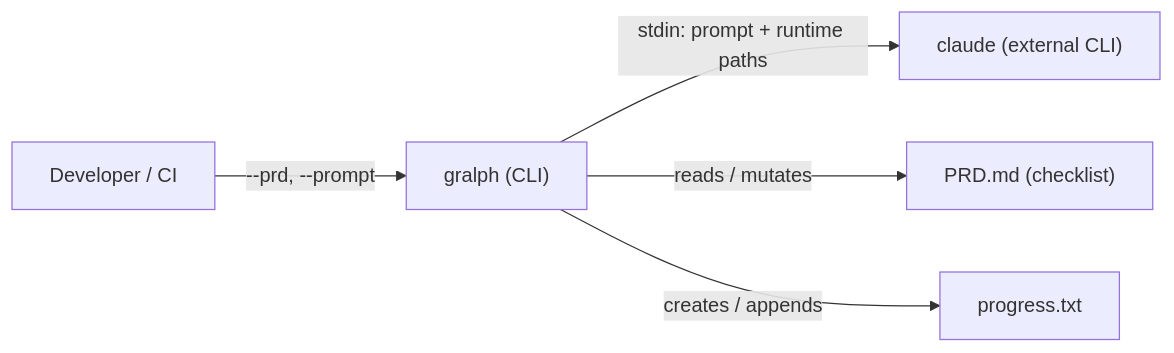
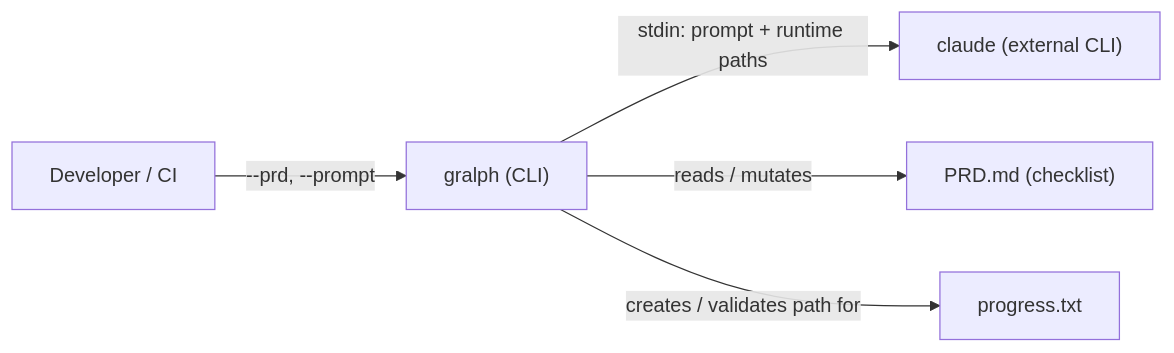
One commit to twistingmercury/gralph changed the diagram in docs/architecture/00-overview.md. Above: the diagram before and after it, drawn with Mermaid. The commit also changed other lines of this file and 9 other files, not shown here.

````diff
--- a/docs/architecture/00-overview.md
+++ b/docs/architecture/00-overview.md
@@ -21,7 +21,7 @@
 ```mermaid
 graph LR
     Developer["Developer / CI"] -->|"--prd, --prompt"| Gralph["gralph (CLI)"]
     Gralph -->|"stdin: prompt + runtime paths"| Claude["claude (external CLI)"]
     Gralph -->|"reads / mutates"| PRD["PRD.md (checklist)"]
-    Gralph -->|"creates / appends"| Progress["progress.txt"]
+    Gralph -->|"creates / validates path for"| Progress["progress.txt"]
 ```
````
